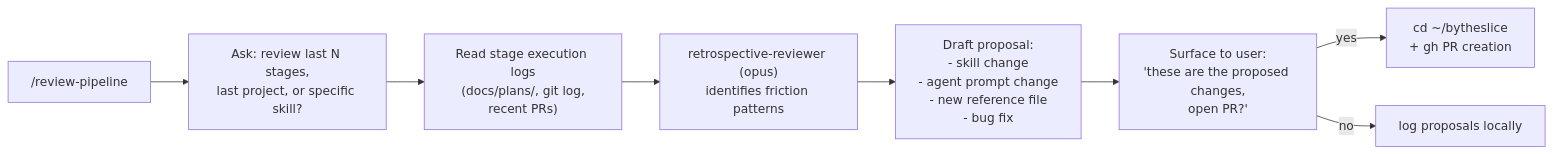
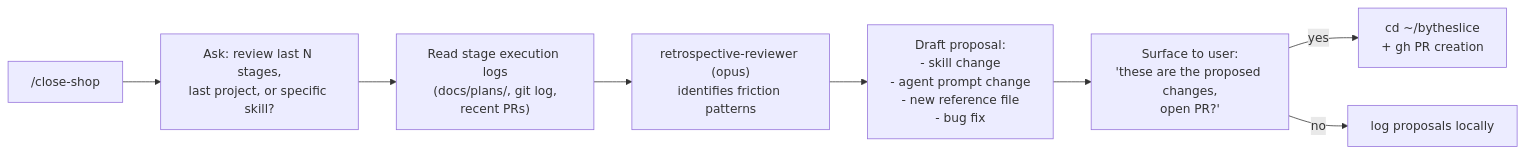
Before and after one commit to steve-piece/Stagecoach: the diagram in skills/close-shop/SKILL.md, drawn with Mermaid. The commit also changed other lines of this file and 93 other files, not shown here.

````diff
--- a/skills/close-shop/SKILL.md
+++ b/skills/close-shop/SKILL.md
@@ -47,10 +47,10 @@
 ```mermaid
 flowchart LR
-  Invoke["/review-pipeline"] --> Scope["Ask: review last N stages,<br/>last project, or specific skill?"]
+  Invoke["/close-shop"] --> Scope["Ask: review last N stages,<br/>last project, or specific skill?"]
   Scope --> Read["Read stage execution logs<br/>(docs/plans/, git log,<br/>recent PRs)"]
   Read --> Analyze["retrospective-reviewer (opus)<br/>identifies friction patterns"]
   Analyze --> Draft["Draft proposal:<br/>- skill change<br/>- agent prompt change<br/>- new reference file<br/>- bug fix"]
   Draft --> Confirm["Surface to user:<br/>'these are the proposed changes,<br/>open PR?'"]
   Confirm -->|yes| PR["cd ~/bytheslice<br/>+ gh PR creation"]
   Confirm -->|no| Done["log proposals locally"]
 ```
````
